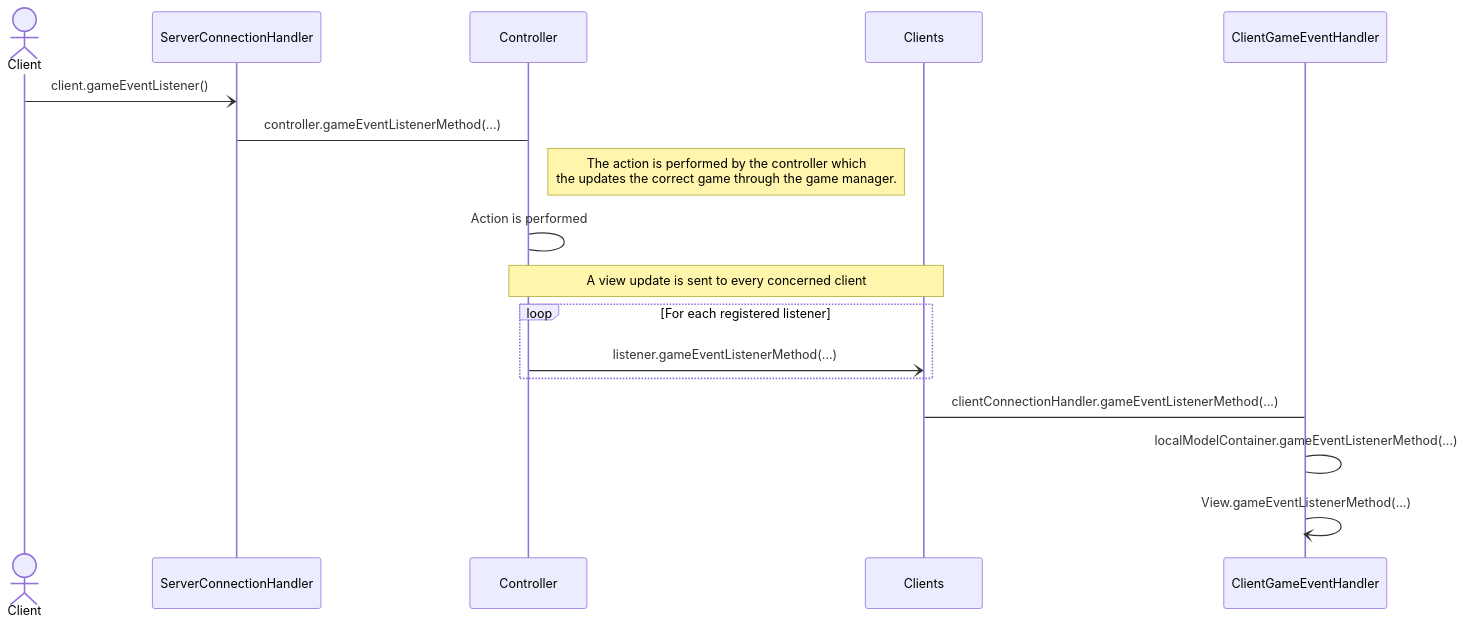
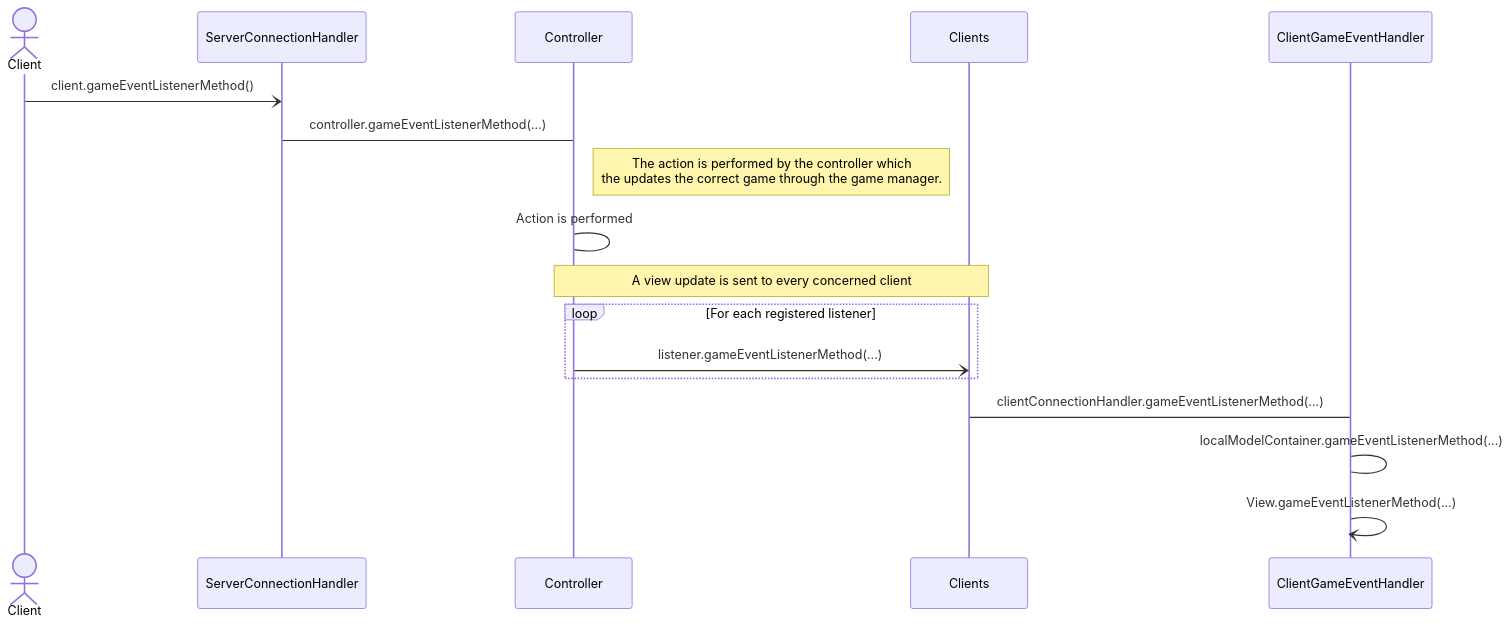
One commit to frephs/IS24-AM21 changed the first of 9 diagrams in documentation_wip/network_protocol.md. Above: the diagram before and after it, drawn with Mermaid. The commit also changed other lines of this file, not shown here.

````diff
--- a/documentation_wip/network_protocol.md
+++ b/documentation_wip/network_protocol.md
@@ -18,16 +18,16 @@
 ```mermaid
 sequenceDiagram
 Actor Client 
-Client  -) ServerConnectionHandler : client.gameEventListener()
+Client  -) ServerConnectionHandler : client.gameEventListenerMethod()
 ServerConnectionHandler -> Controller : controller.gameEventListenerMethod(...)
 Note right of Controller: The action is performed by the controller which <br> the updates the correct game through the game manager. 
 Controller -> Controller : Action is performed 
 Note over Controller, Clients: A view update is sent to every concerned client
 loop For each registered listener
 Controller -) Clients: listener.gameEventListenerMethod(...)
 end
 Clients -> ClientGameEventHandler : clientConnectionHandler.gameEventListenerMethod(...) 
 ClientGameEventHandler -> ClientGameEventHandler  : localModelContainer.gameEventListenerMethod(...)
 ClientGameEventHandler -) ClientGameEventHandler : View.gameEventListenerMethod(...)
 
 ```
````
